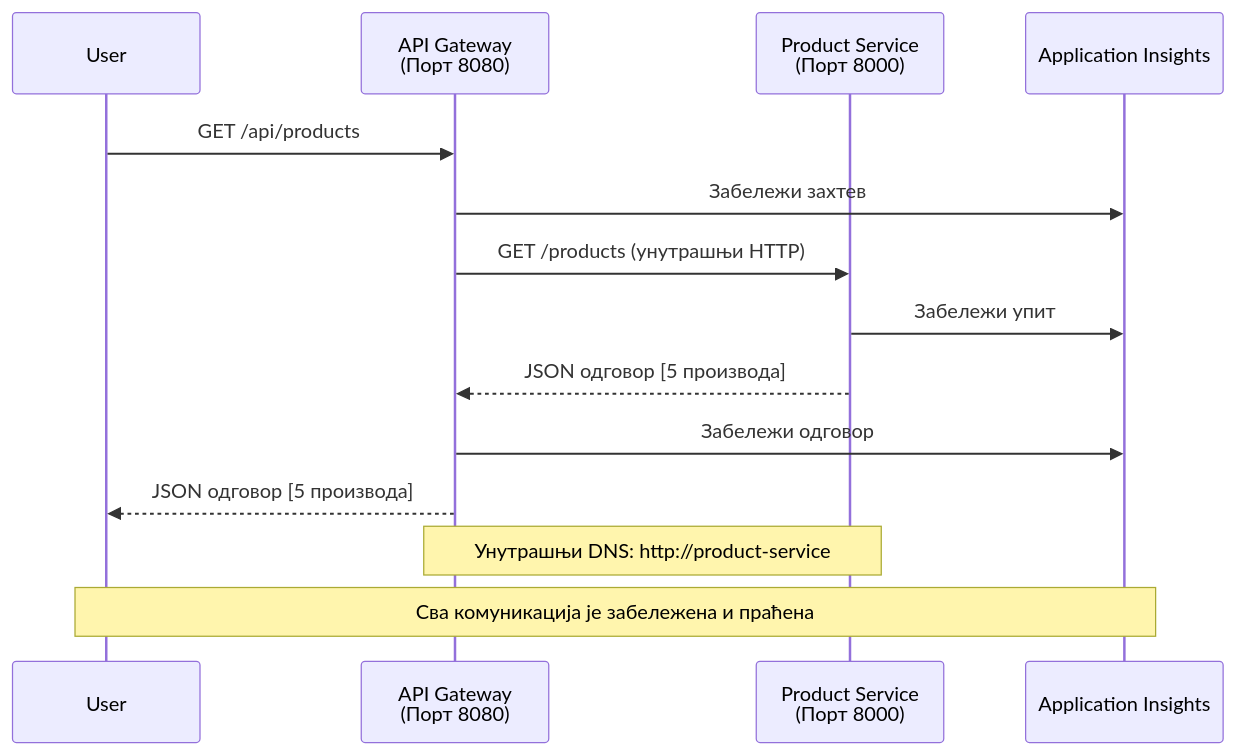
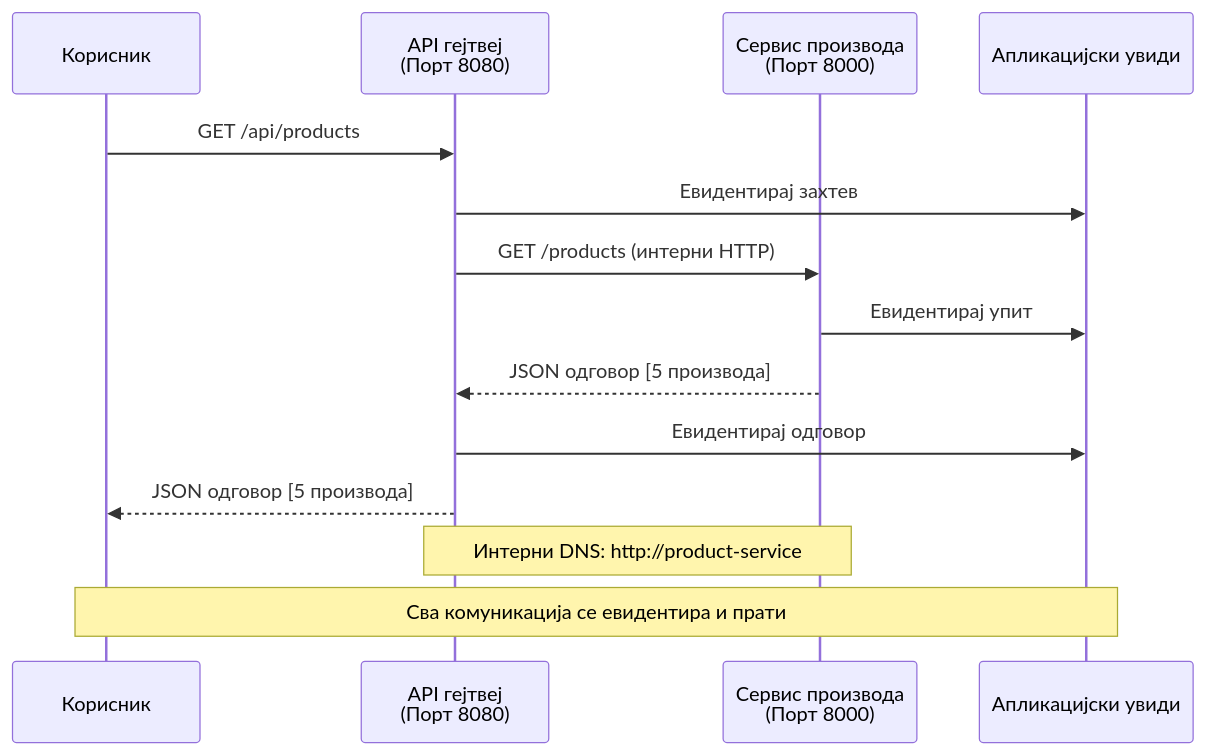
Before and after one commit to microsoft/AZD-for-beginners: the fourth of 4 diagrams in translations/sr/examples/microservices/README.md, drawn with Mermaid. The commit also changed other lines of this file and 242 other files, not shown here.

````diff
--- a/translations/sr/examples/microservices/README.md
+++ b/translations/sr/examples/microservices/README.md
@@ -432,18 +423,18 @@
 ```mermaid
 sequenceDiagram
-    participant User
-    participant Gateway as API Gateway<br/>(Порт 8080)
-    participant Product as Product Service<br/>(Порт 8000)
-    participant AI as Application Insights
+    participant User as Корисник
+    participant Gateway as API гејтвеј<br/>(Порт 8080)
+    participant Product as Сервис производа<br/>(Порт 8000)
+    participant AI as Апликацијски увиди
     
     User->>Gateway: GET /api/products
-    Gateway->>AI: Забележи захтев
-    Gateway->>Product: GET /products (унутрашњи HTTP)
-    Product->>AI: Забележи упит
+    Gateway->>AI: Евидентирај захтев
+    Gateway->>Product: GET /products (интерни HTTP)
+    Product->>AI: Евидентирај упит
     Product-->>Gateway: JSON одговор [5 производа]
-    Gateway->>AI: Забележи одговор
+    Gateway->>AI: Евидентирај одговор
     Gateway-->>User: JSON одговор [5 производа]
     
-    Note over Gateway,Product: Унутрашњи DNS: http://product-service
-    Note over User,AI: Сва комуникација је забележена и праћена
+    Note over Gateway,Product: Интерни DNS: http://product-service
+    Note over User,AI: Сва комуникација се евидентира и прати
 ```
````
